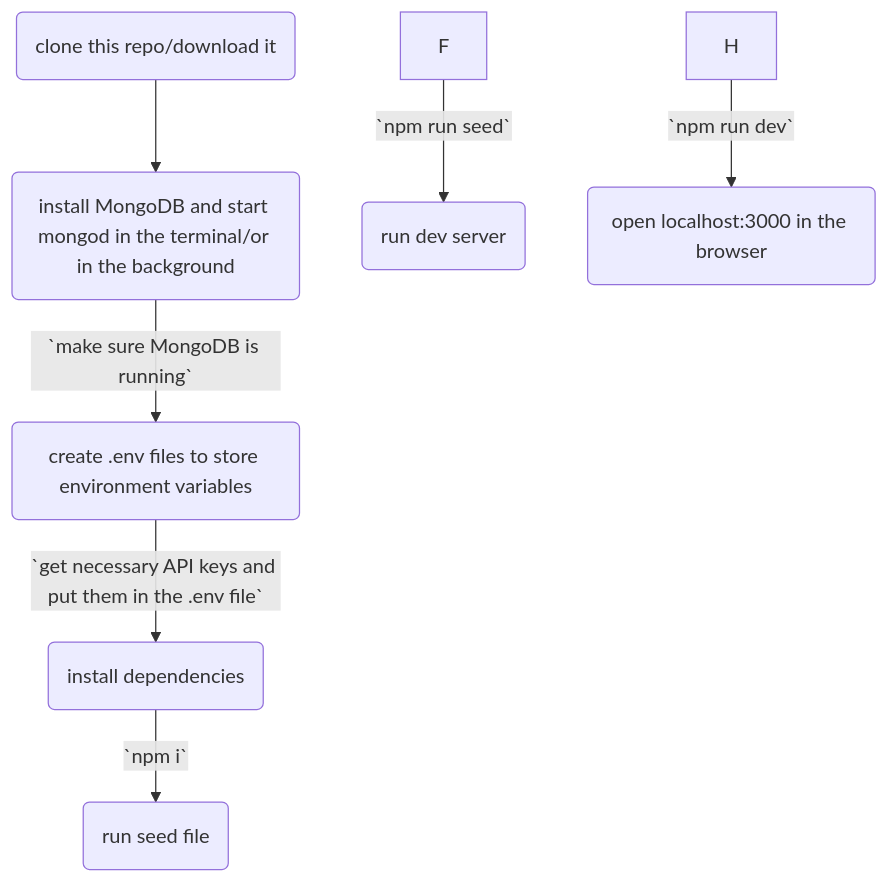
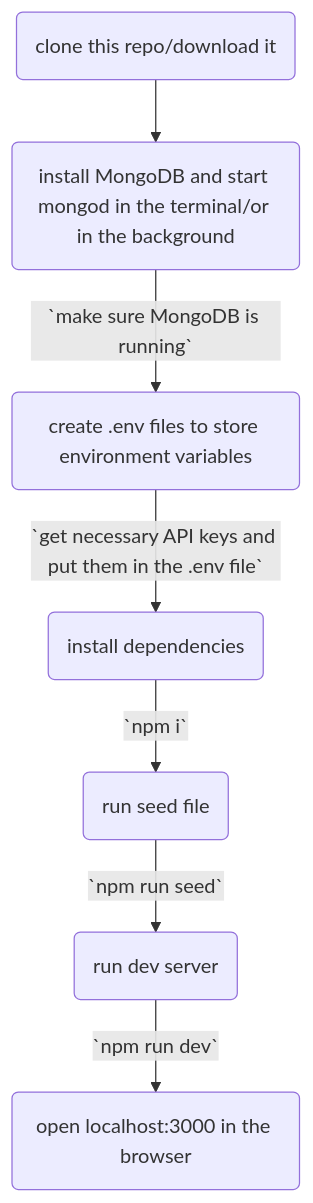
The diagram in README.md (Aryan3212/review-it), drawn with Mermaid before and after one commit.

````diff
--- a/README.md
+++ b/README.md
@@ -53,9 +53,9 @@
 ```mermaid
 flowchart TD
   A(clone this repo/download it)-->B(install MongoDB and start mongod in the terminal/or in the background)
   B --`make sure MongoDB is running`--> C(create .env files to store environment variables)
   C -- `get necessary API keys and put them in the .env file` --> D(install dependencies)
   D -- `npm i` -->E(run seed file)
-  F-- `npm run seed` -->G(run dev server)
-  H-- `npm run dev` -->I(open localhost:3000 in the browser)
+  E-- `npm run seed` -->F(run dev server)
+  F-- `npm run dev` -->G(open localhost:3000 in the browser)
 ```
````
